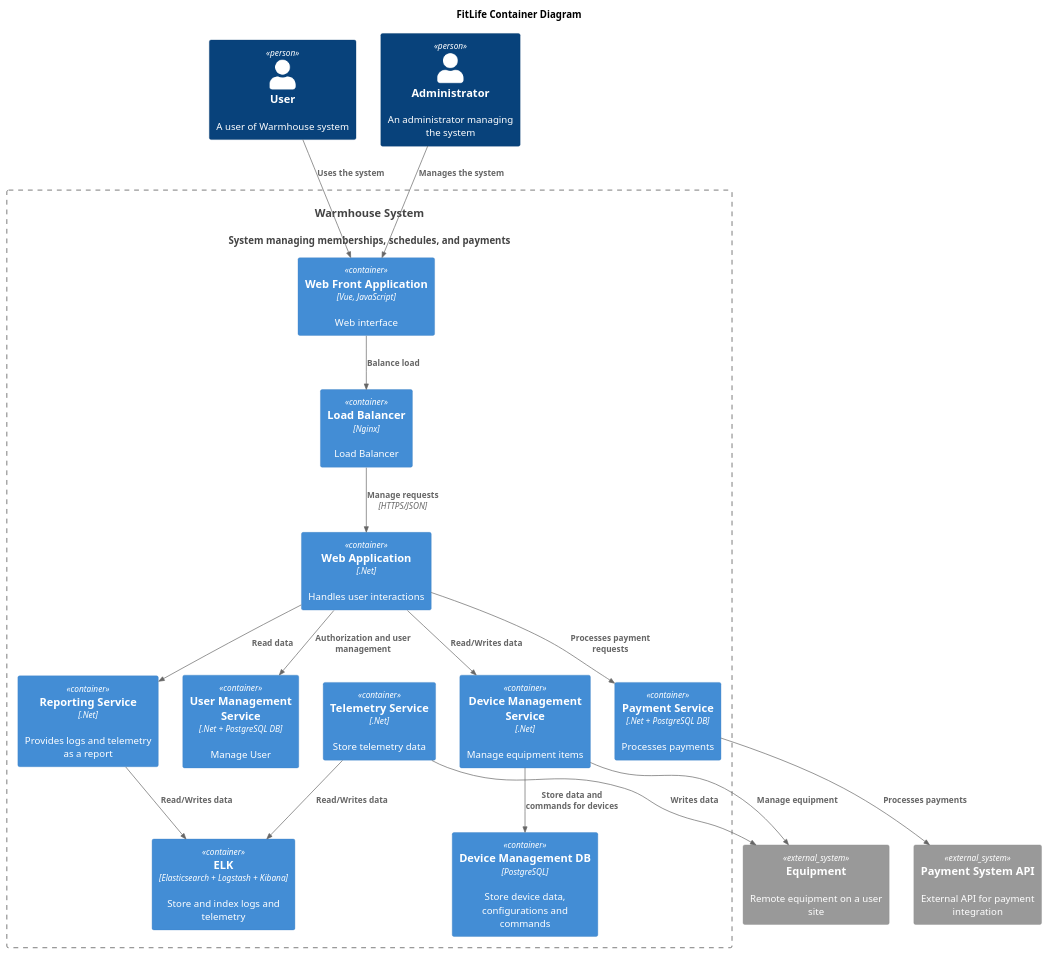
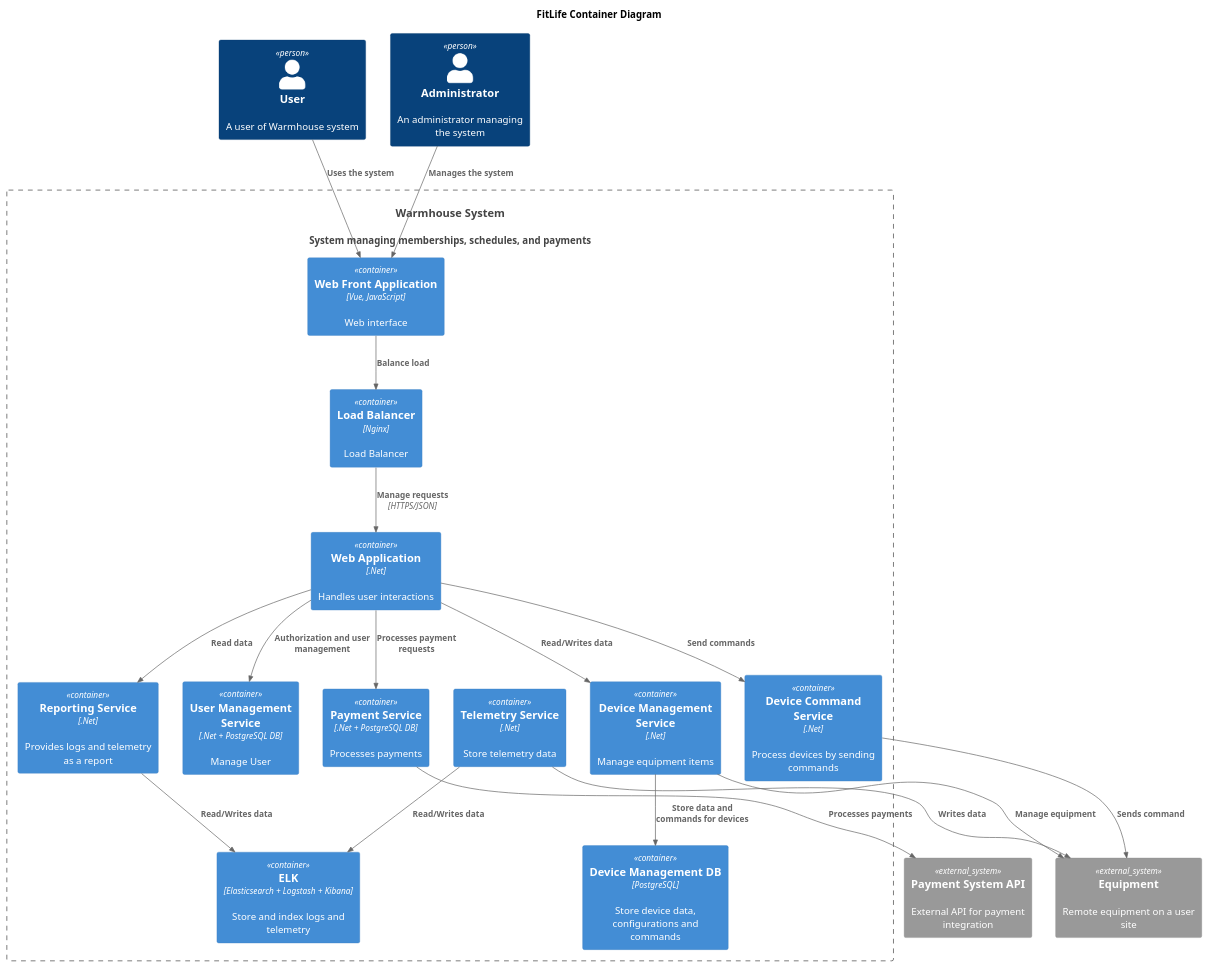
Before and after one commit to yailiaya/yp-architecture-warmhouse: the diagram in apps/diagrams/_ToBe_Warmhouse_with_context_Container.puml, drawn with PlantUML.

Commit message:
Update contexts

```diff
--- a/apps/diagrams/_ToBe_Warmhouse_with_context_Container.puml
+++ b/apps/diagrams/_ToBe_Warmhouse_with_context_Container.puml
@@ -1,50 +1,53 @@
 @startuml
 title FitLife Container Diagram
 
 top to bottom direction
 
 !includeurl https://raw.githubusercontent.com/RicardoNiepel/C4-PlantUML/master/C4_Component.puml
 
 Person(user, "User", "A user of Warmhouse system")
 Person(admin, "Administrator", "An administrator managing the system")
 System(WarmhouseSystem, "Warmhouse System", "System managing memberships, schedules, and payments")
 
 Container_Boundary(WarmhouseSystem, "Warmhouse System") {
   Container(WebFrontApp, "Web Front Application", "Vue, JavaScript", "Web interface")
   Container(LoadBalancer, "Load Balancer", "Nginx", "Load Balancer")
   Container(WebApp, "Web Application", ".Net", "Handles user interactions")
 
   Container(UserManagementService, "User Management Service", ".Net + PostgreSQL DB", "Manage User")
   Container(PaymentService, "Payment Service", ".Net + PostgreSQL DB", "Processes payments")
 
   Container(DeviceManagementService, "Device Management Service", ".Net", "Manage equipment items")
 
+  Container(DeviceCommandService, "Device Command Service", ".Net", "Process devices by sending commands")
   Container(TelemetryService, "Telemetry Service", ".Net", "Store telemetry data")
   Container(StoreService, "ELK", "Elasticsearch + Logstash + Kibana", "Store and index logs and telemetry")
 
   Container(ReportingService, "Reporting Service", ".Net", "Provides logs and telemetry as a report")
   Container(DeviceManagementDB, "Device Management DB", "PostgreSQL", "Store device data, configurations and commands")
 }
 
 System_Ext(payment_api, "Payment System API", "External API for payment integration")
 System_Ext(device, "Equipment", "Remote equipment on a user site")
 
 Rel(user, WebFrontApp, "Uses the system")
 Rel(admin, WebFrontApp,"Manages the system")
 Rel(WebFrontApp, LoadBalancer,"Balance load")
 Rel(LoadBalancer, WebApp,"Manage requests", "HTTPS/JSON")
 Rel(WebApp,UserManagementService,"Authorization and user management")
 Rel(WebApp,DeviceManagementService,"Read/Writes data")
+Rel(WebApp,DeviceCommandService,"Send commands")
 Rel(WebApp,ReportingService,"Read data")
 
 Rel(TelemetryService,StoreService,"Read/Writes data")
 Rel(ReportingService,StoreService,"Read/Writes data")
 
 Rel(TelemetryService,device,"Writes data")
 
 Rel(DeviceManagementService,device,"Manage equipment")
 Rel(DeviceManagementService,DeviceManagementDB,"Store data and commands for devices")
+Rel(DeviceCommandService,device,"Sends command")
 
 Rel(WebApp,PaymentService,"Processes payment requests")
 Rel(PaymentService,payment_api,"Processes payments")
 @enduml
```
